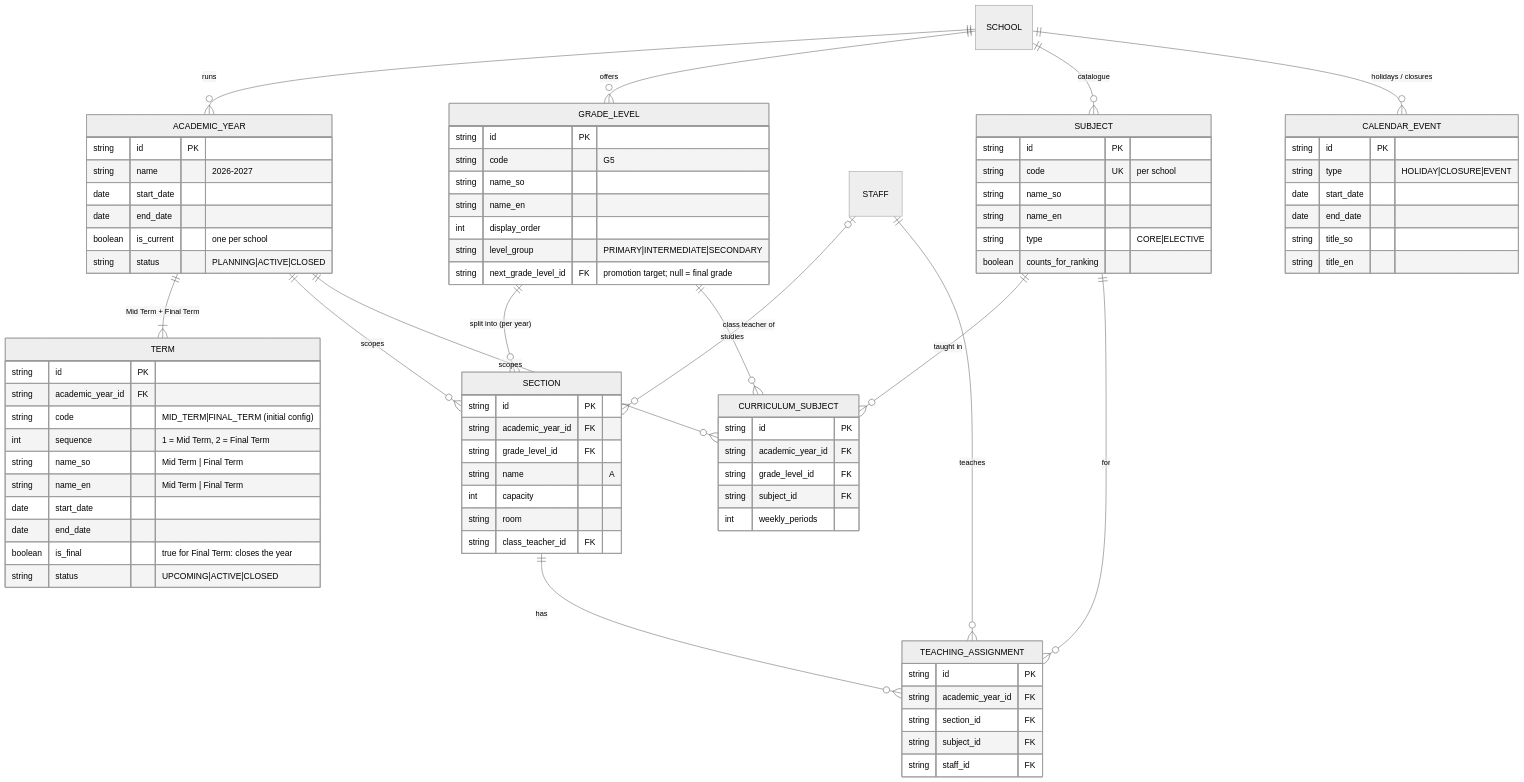
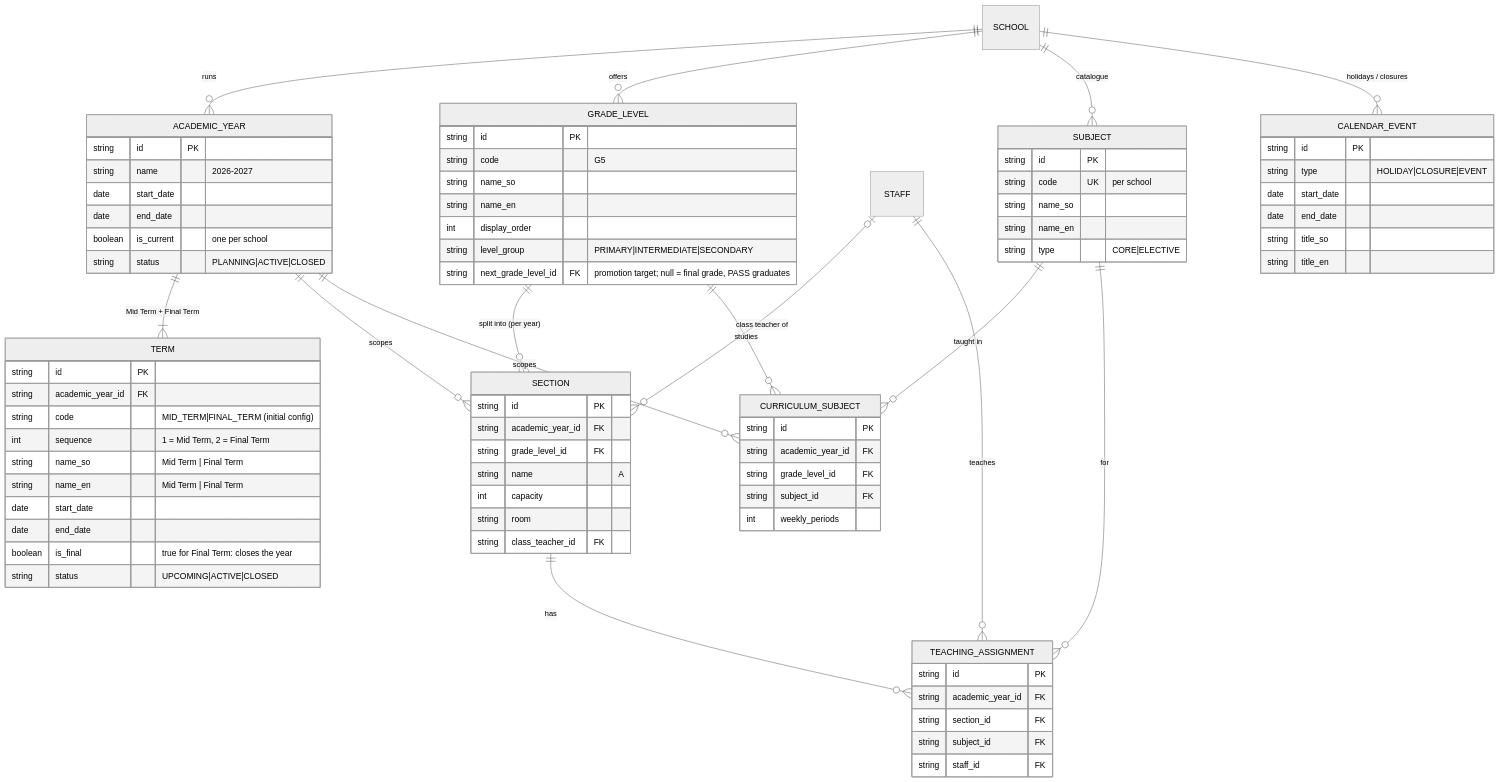
The third of 10 diagrams in docs/phase-1/03-database-erd.md (ismacil87/Gol-khatumo), drawn with Mermaid (neutral theme) before and after one commit. The commit also changed other lines of this file and 7 other files, not shown here.

```diff
--- a/docs/phase-1/03-database-erd.md
+++ b/docs/phase-1/03-database-erd.md
@@ -177,7 +177,7 @@
     string name_en
     int display_order
     string level_group "PRIMARY|INTERMEDIATE|SECONDARY"
-    string next_grade_level_id FK "promotion target; null = final grade"
+    string next_grade_level_id FK "promotion target; null = final grade, PASS graduates"
   }
   SECTION {
     string id PK
@@ -194,7 +194,6 @@
     string name_so
     string name_en
     string type "CORE|ELECTIVE"
-    boolean counts_for_ranking
   }
   CURRICULUM_SUBJECT {
     string id PK
```
